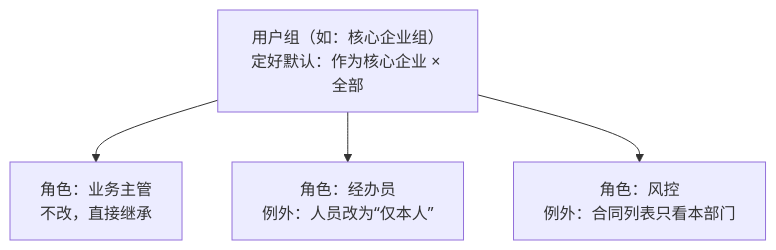
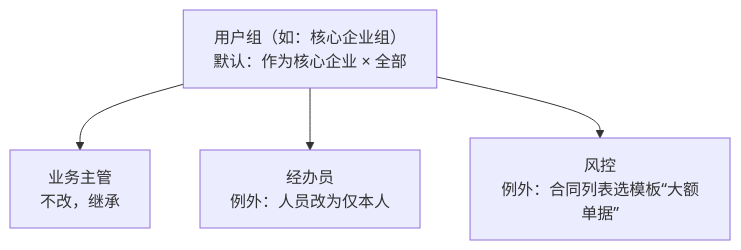
Before and after one commit to duuu233/project-hub: the third of 6 diagrams in private/qianrong_权限系统产品设计与数据权限过滤全景方案.md, drawn with Mermaid. The commit also changed other lines of this file and 1 other file, not shown here.

````diff
--- a/private/qianrong_权限系统产品设计与数据权限过滤全景方案.md
+++ b/private/qianrong_权限系统产品设计与数据权限过滤全景方案.md
@@ -45,7 +90,7 @@
 ```mermaid
 flowchart TD
-    UG["用户组（如：核心企业组）<br/>定好默认：作为核心企业 × 全部"]
-    UG --> R1["角色：业务主管<br/>不改，直接继承"]
-    UG --> R2["角色：经办员<br/>例外：人员改为“仅本人”"]
-    UG --> R3["角色：风控<br/>例外：合同列表只看本部门"]
+    UG["用户组（如：核心企业组）<br/>默认：作为核心企业 × 全部"]
+    UG --> R1["业务主管<br/>不改，继承"]
+    UG --> R2["经办员<br/>例外：人员改为仅本人"]
+    UG --> R3["风控<br/>例外：合同列表选模板“大额单据”"]
 ```
````
